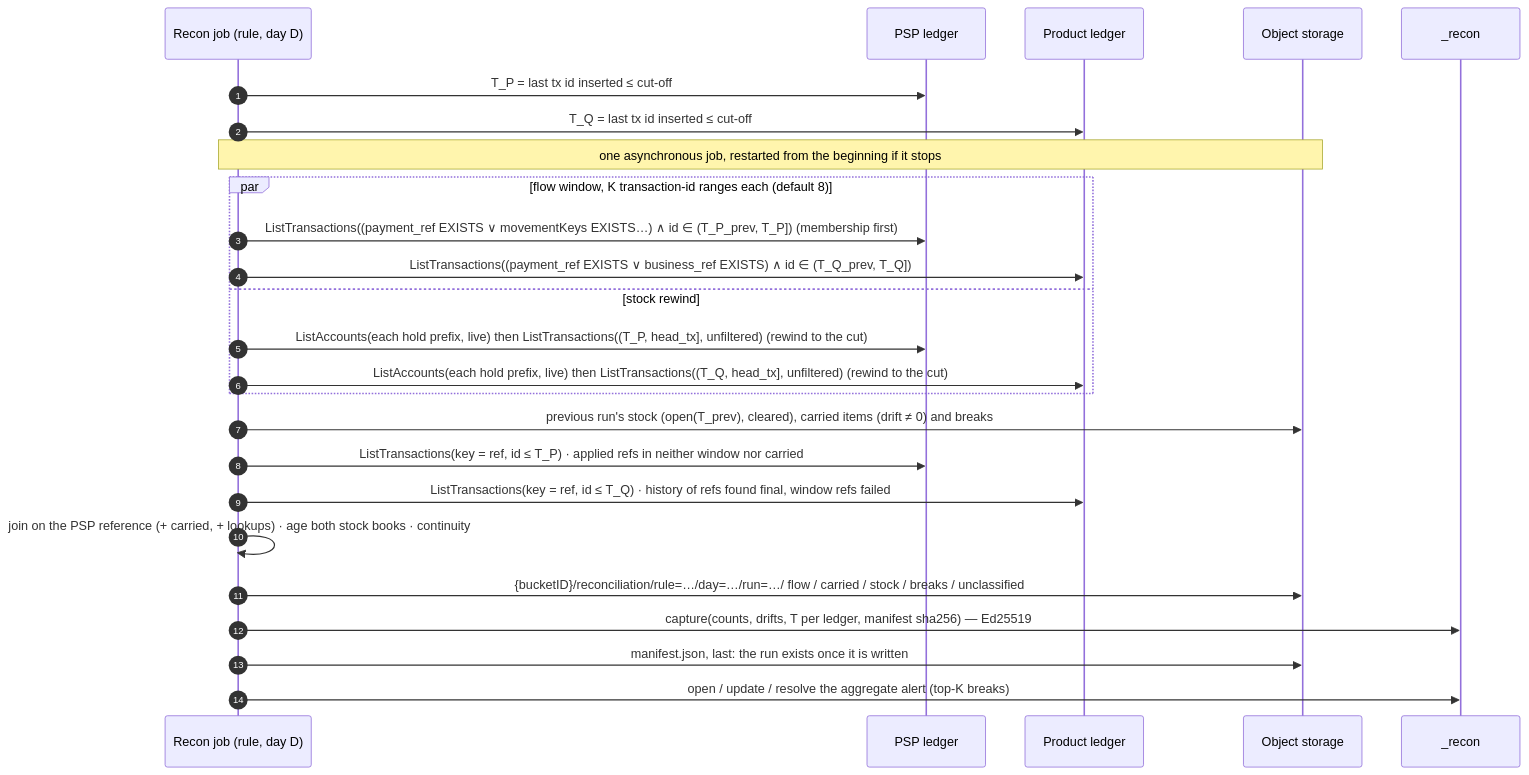
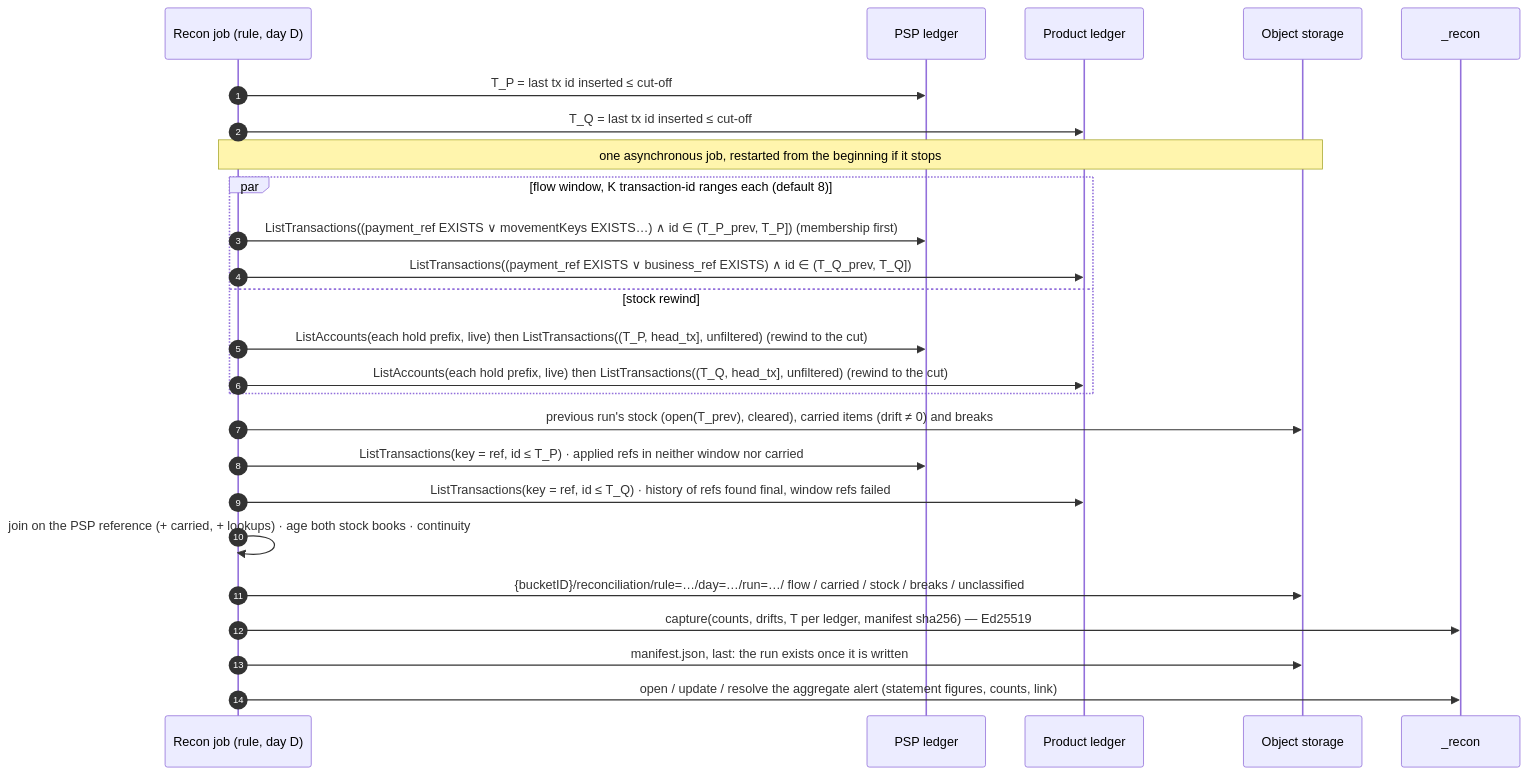
Before and after one commit to formancehq/reconciliation: the second of 2 diagrams in docs/technical/transaction-level-reconciliation.md, drawn with Mermaid. The commit also changed other lines of this file and 26 other files, not shown here.

````diff
--- a/docs/technical/transaction-level-reconciliation.md
+++ b/docs/technical/transaction-level-reconciliation.md
@@ -255,28 +255,28 @@
 ```mermaid
 sequenceDiagram
     autonumber
     participant J as Recon job (rule, day D)
     participant P as PSP ledger
     participant Q as Product ledger
     participant O as Object storage
     participant C as _recon
 
     J->>P: T_P = last tx id inserted ≤ cut-off
     J->>Q: T_Q = last tx id inserted ≤ cut-off
     Note over J,O: one asynchronous job, restarted from the beginning if it stops
     par flow window, K transaction-id ranges each (default 8)
         J->>P: ListTransactions((payment_ref EXISTS ∨ movementKeys EXISTS…) ∧ id ∈ (T_P_prev, T_P])  (membership first)
         J->>Q: ListTransactions((payment_ref EXISTS ∨ business_ref EXISTS) ∧ id ∈ (T_Q_prev, T_Q])
     and stock rewind
         J->>P: ListAccounts(each hold prefix, live) then ListTransactions((T_P, head_tx], unfiltered) (rewind to the cut)
         J->>Q: ListAccounts(each hold prefix, live) then ListTransactions((T_Q, head_tx], unfiltered) (rewind to the cut)
     end
     J->>O: previous run's stock (open(T_prev), cleared), carried items (drift ≠ 0) and breaks
     J->>P: ListTransactions(key = ref, id ≤ T_P) · applied refs in neither window nor carried
     J->>Q: ListTransactions(key = ref, id ≤ T_Q) · history of refs found final, window refs failed
     J->>J: join on the PSP reference (+ carried, + lookups) · age both stock books · continuity
     J->>O: {bucketID}/reconciliation/rule=…/day=…/run=…/ flow / carried / stock / breaks / unclassified
     J->>C: capture(counts, drifts, T per ledger, manifest sha256) — Ed25519
     J->>O: manifest.json, last: the run exists once it is written
-    J->>C: open / update / resolve the aggregate alert (top-K breaks)
+    J->>C: open / update / resolve the aggregate alert (statement figures, counts, link)
 ```
````
